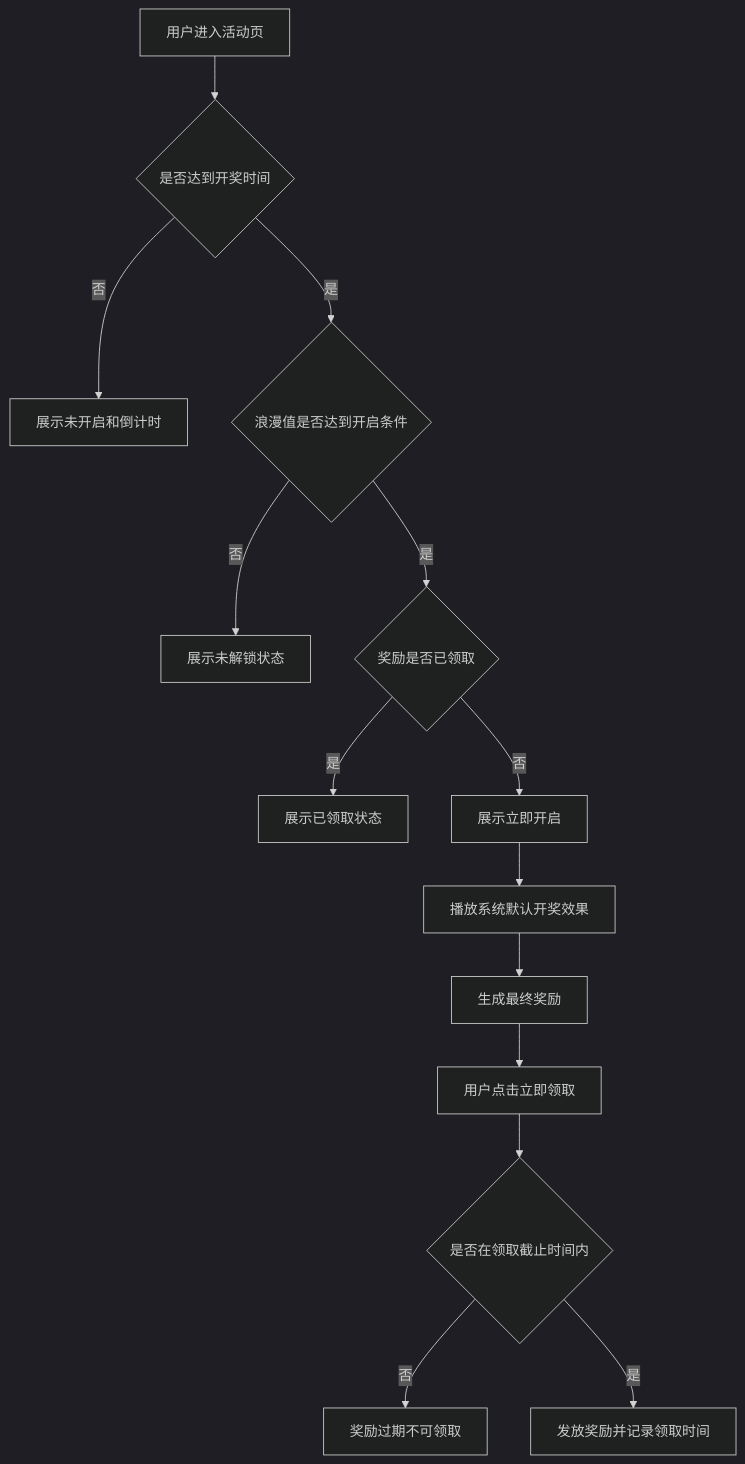
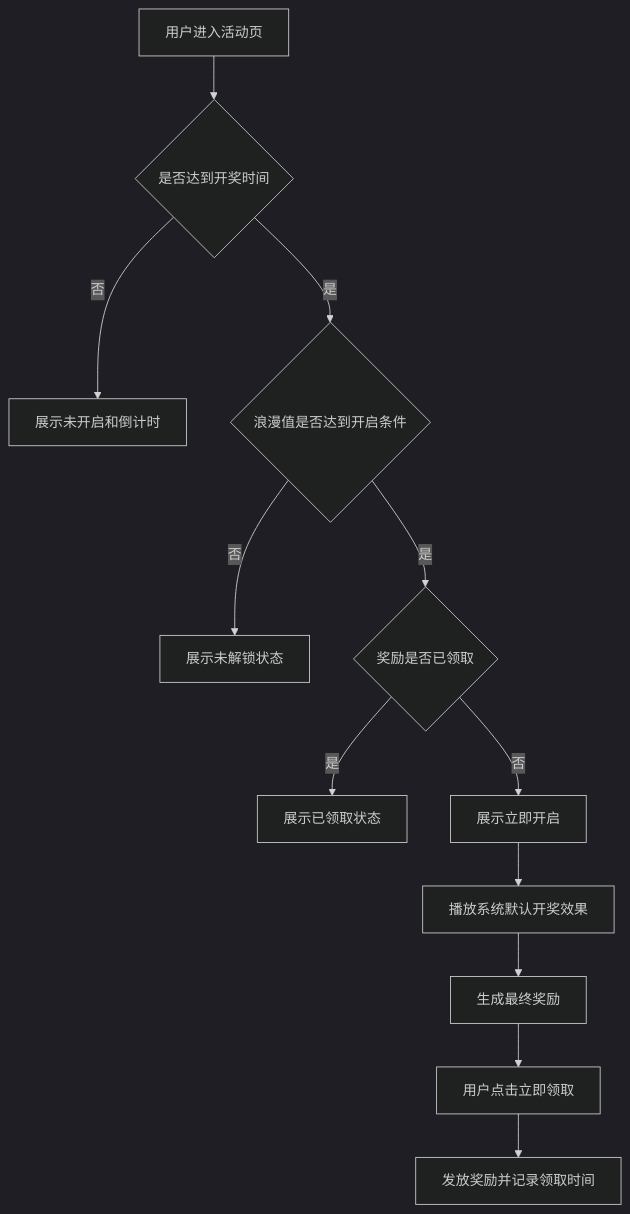
The third of 4 diagrams in PRD_qixi_galaxy_box_activity_2026-07-31.md (bala-luoluo/M3), drawn with Mermaid (dark theme) before and after one commit. The commit also changed other lines of this file and 1 other file, not shown here.

````diff
--- a/PRD_qixi_galaxy_box_activity_2026-07-31.md
+++ b/PRD_qixi_galaxy_box_activity_2026-07-31.md
@@ -206,16 +182,14 @@
 ```mermaid
 flowchart TD
     A[用户进入活动页] --> B{是否达到开奖时间}
     B -->|否| C[展示未开启和倒计时]
     B -->|是| D{浪漫值是否达到开启条件}
     D -->|否| E[展示未解锁状态]
     D -->|是| F{奖励是否已领取}
     F -->|是| G[展示已领取状态]
     F -->|否| H[展示立即开启]
     H --> I[播放系统默认开奖效果]
     I --> L[生成最终奖励]
     L --> M[用户点击立即领取]
-    M --> N{是否在领取截止时间内}
-    N -->|否| O[奖励过期不可领取]
-    N -->|是| P[发放奖励并记录领取时间]
+    M --> P[发放奖励并记录领取时间]
 ```
````
